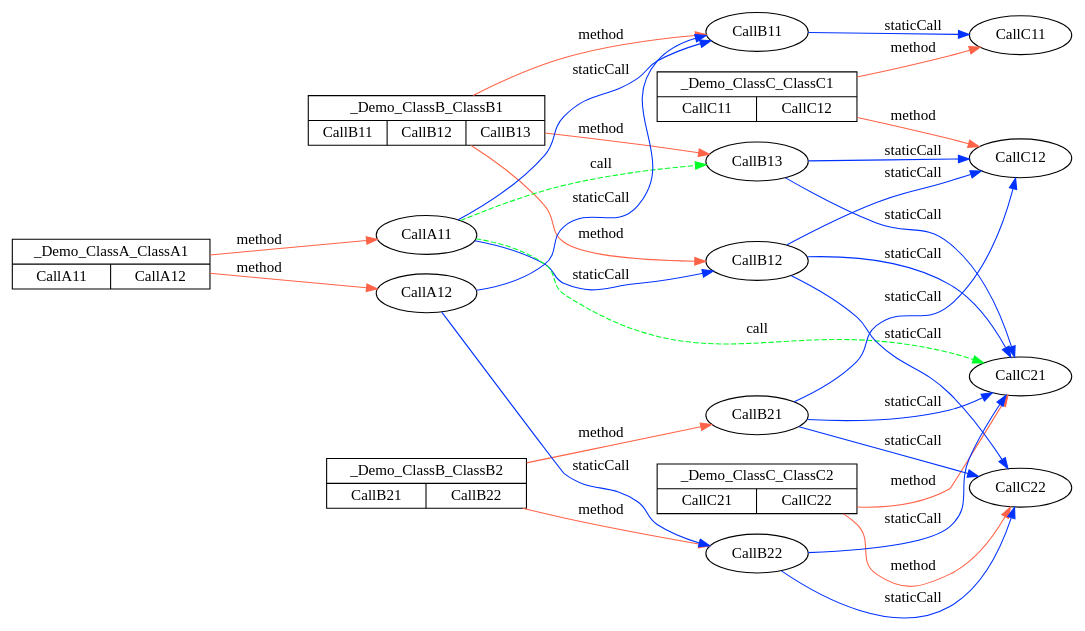
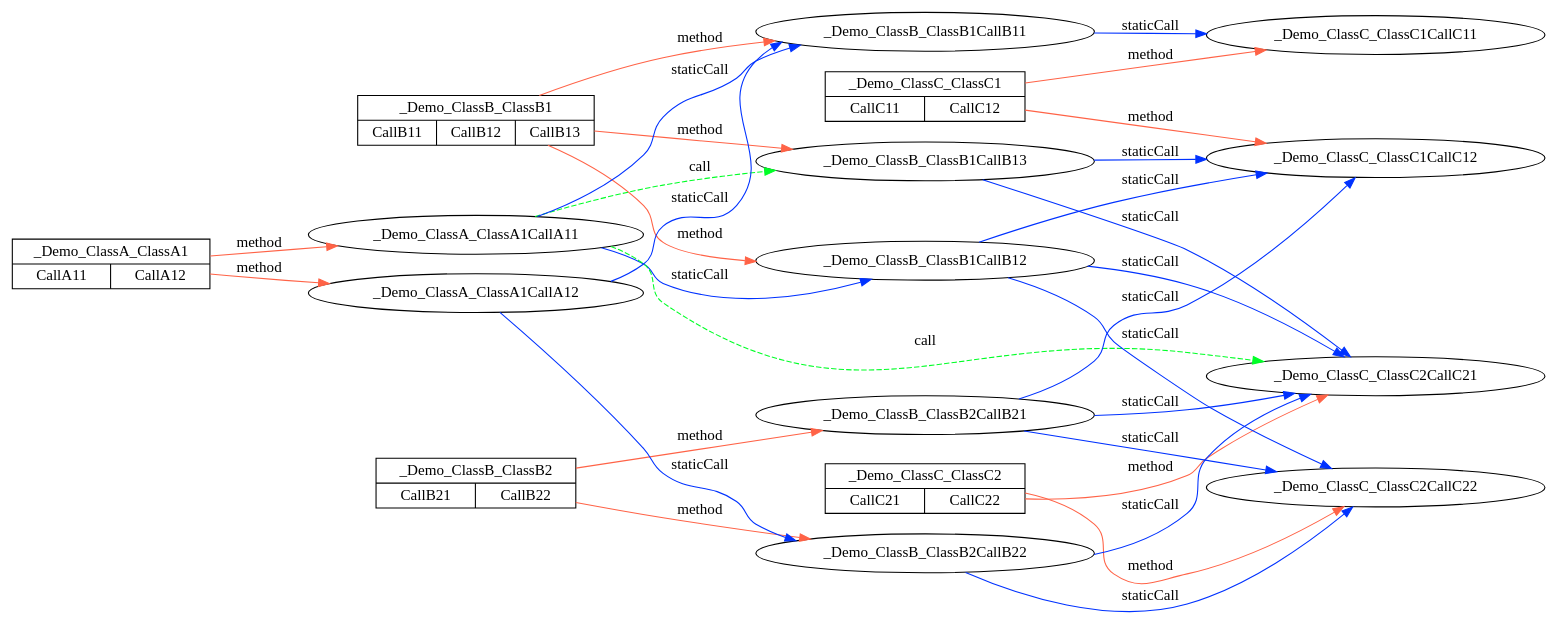
The diagram in Execute/render.dot (xiazemin/PhpParserEngine), drawn with Graphviz before and after one commit. The commit also changed 6 other files, not shown here.

```diff
--- a/Execute/render.dot
+++ b/Execute/render.dot
@@ -1,108 +1,108 @@
 digraph demo {
  rankdir = LR;
  edge[color="#FF6347"];
 
 _Demo_ClassB_ClassB1[label="_Demo_ClassB_ClassB1", shape="circle"]
 
 _Demo_ClassC_ClassC1[label="_Demo_ClassC_ClassC1", shape="circle"]
 
 _Demo_ClassC_ClassC2[label="_Demo_ClassC_ClassC2", shape="circle"]
 
 _Demo_ClassB_ClassB2[label="_Demo_ClassB_ClassB2", shape="circle"]
 edge[color="#002327";style="dashed"];
-_Demo_ClassA_ClassA1 [shape=record, label="_Demo_ClassA_ClassA1 | { <CallA11> CallA11|<CallA12> CallA12 }"];
+_Demo_ClassA_ClassA1 [shape=record, label="_Demo_ClassA_ClassA1 | { <_Demo_ClassA_ClassA1CallA11> CallA11|<_Demo_ClassA_ClassA1CallA12> CallA12 }"];
 edge[color="#002327";style="dashed"];
-_Demo_ClassB_ClassB1 [shape=record, label="_Demo_ClassB_ClassB1 | { <CallB11> CallB11|<CallB12> CallB12|<CallB13> CallB13 }"];
+_Demo_ClassB_ClassB1 [shape=record, label="_Demo_ClassB_ClassB1 | { <_Demo_ClassB_ClassB1CallB11> CallB11|<_Demo_ClassB_ClassB1CallB12> CallB12|<_Demo_ClassB_ClassB1CallB13> CallB13 }"];
 edge[color="#002327";style="dashed"];
-_Demo_ClassC_ClassC1 [shape=record, label="_Demo_ClassC_ClassC1 | { <CallC11> CallC11|<CallC12> CallC12 }"];
+_Demo_ClassC_ClassC1 [shape=record, label="_Demo_ClassC_ClassC1 | { <_Demo_ClassC_ClassC1CallC11> CallC11|<_Demo_ClassC_ClassC1CallC12> CallC12 }"];
 edge[color="#002327";style="dashed"];
-_Demo_ClassC_ClassC2 [shape=record, label="_Demo_ClassC_ClassC2 | { <CallC21> CallC21|<CallC22> CallC22 }"];
+_Demo_ClassC_ClassC2 [shape=record, label="_Demo_ClassC_ClassC2 | { <_Demo_ClassC_ClassC2CallC21> CallC21|<_Demo_ClassC_ClassC2CallC22> CallC22 }"];
 edge[color="#002327";style="dashed"];
-_Demo_ClassB_ClassB2 [shape=record, label="_Demo_ClassB_ClassB2 | { <CallB21> CallB21|<CallB22> CallB22 }"];
+_Demo_ClassB_ClassB2 [shape=record, label="_Demo_ClassB_ClassB2 | { <_Demo_ClassB_ClassB2CallB21> CallB21|<_Demo_ClassB_ClassB2CallB22> CallB22 }"];
 edge[color="#FF6347";style="solid"];
 edge[color="#FF6347";style="solid"];
-_Demo_ClassA_ClassA1->CallA11[label="method"]
+_Demo_ClassA_ClassA1->_Demo_ClassA_ClassA1CallA11[label="method"]
 edge[color="#00FF27";style="dashed"];
-CallA11->CallB13[label="call"]
+_Demo_ClassA_ClassA1CallA11->_Demo_ClassB_ClassB1CallB13[label="call"]
 edge[color="#FF6347";style="solid"];
 edge[color="#FF6347";style="solid"];
-_Demo_ClassB_ClassB1->CallB11[label="method"]
+_Demo_ClassB_ClassB1->_Demo_ClassB_ClassB1CallB11[label="method"]
 edge[color="#0032FF"];
-CallB11->CallC11[label="staticCall"]
+_Demo_ClassB_ClassB1CallB11->_Demo_ClassC_ClassC1CallC11[label="staticCall"]
 edge[color="#FF6347";style="solid"];
 edge[color="#FF6347";style="solid"];
-_Demo_ClassC_ClassC1->CallC11[label="method"]
+_Demo_ClassC_ClassC1->_Demo_ClassC_ClassC1CallC11[label="method"]
 edge[color="#FF6347";style="solid"];
-_Demo_ClassC_ClassC1->CallC12[label="method"]
+_Demo_ClassC_ClassC1->_Demo_ClassC_ClassC1CallC12[label="method"]
 edge[color="#FF6347";style="solid"];
-_Demo_ClassB_ClassB1->CallB12[label="method"]
+_Demo_ClassB_ClassB1->_Demo_ClassB_ClassB1CallB12[label="method"]
 edge[color="#0032FF"];
-CallB12->CallC12[label="staticCall"]
+_Demo_ClassB_ClassB1CallB12->_Demo_ClassC_ClassC1CallC12[label="staticCall"]
 edge[color="#FF6347";style="solid"];
 edge[color="#0032FF"];
-CallB12->CallC21[label="staticCall"]
+_Demo_ClassB_ClassB1CallB12->_Demo_ClassC_ClassC2CallC21[label="staticCall"]
 edge[color="#FF6347";style="solid"];
 edge[color="#0032FF"];
-CallB12->CallC22[label="staticCall"]
+_Demo_ClassB_ClassB1CallB12->_Demo_ClassC_ClassC2CallC22[label="staticCall"]
 edge[color="#FF6347";style="solid"];
 edge[color="#FF6347";style="solid"];
-_Demo_ClassC_ClassC2->CallC21[label="method"]
+_Demo_ClassC_ClassC2->_Demo_ClassC_ClassC2CallC21[label="method"]
 edge[color="#FF6347";style="solid"];
-_Demo_ClassC_ClassC2->CallC22[label="method"]
+_Demo_ClassC_ClassC2->_Demo_ClassC_ClassC2CallC22[label="method"]
 edge[color="#FF6347";style="solid"];
-_Demo_ClassB_ClassB1->CallB13[label="method"]
+_Demo_ClassB_ClassB1->_Demo_ClassB_ClassB1CallB13[label="method"]
 edge[color="#0032FF"];
-CallB13->CallC12[label="staticCall"]
+_Demo_ClassB_ClassB1CallB13->_Demo_ClassC_ClassC1CallC12[label="staticCall"]
 edge[color="#FF6347";style="solid"];
 edge[color="#0032FF"];
-CallB13->CallC21[label="staticCall"]
+_Demo_ClassB_ClassB1CallB13->_Demo_ClassC_ClassC2CallC21[label="staticCall"]
 edge[color="#FF6347";style="solid"];
 edge[color="#00FF27";style="dashed"];
-CallA11->CallC21[label="call"]
+_Demo_ClassA_ClassA1CallA11->_Demo_ClassC_ClassC2CallC21[label="call"]
 edge[color="#FF6347";style="solid"];
 edge[color="#0032FF"];
-CallA11->CallB11[label="staticCall"]
+_Demo_ClassA_ClassA1CallA11->_Demo_ClassB_ClassB1CallB11[label="staticCall"]
 edge[color="#FF6347";style="solid"];
 edge[color="#0032FF"];
-CallA11->CallB12[label="staticCall"]
+_Demo_ClassA_ClassA1CallA11->_Demo_ClassB_ClassB1CallB12[label="staticCall"]
 edge[color="#FF6347";style="solid"];
 edge[color="#FF6347";style="solid"];
-_Demo_ClassA_ClassA1->CallA12[label="method"]
+_Demo_ClassA_ClassA1->_Demo_ClassA_ClassA1CallA12[label="method"]
 edge[color="#0032FF"];
-CallA12->CallB11[label="staticCall"]
+_Demo_ClassA_ClassA1CallA12->_Demo_ClassB_ClassB1CallB11[label="staticCall"]
 edge[color="#FF6347";style="solid"];
 edge[color="#0032FF"];
-CallA12->CallB22[label="staticCall"]
+_Demo_ClassA_ClassA1CallA12->_Demo_ClassB_ClassB2CallB22[label="staticCall"]
 edge[color="#FF6347";style="solid"];
 edge[color="#FF6347";style="solid"];
-_Demo_ClassB_ClassB2->CallB21[label="method"]
+_Demo_ClassB_ClassB2->_Demo_ClassB_ClassB2CallB21[label="method"]
 edge[color="#0032FF"];
-CallB21->CallC12[label="staticCall"]
+_Demo_ClassB_ClassB2CallB21->_Demo_ClassC_ClassC1CallC12[label="staticCall"]
 edge[color="#FF6347";style="solid"];
 edge[color="#0032FF"];
-CallB21->CallC21[label="staticCall"]
+_Demo_ClassB_ClassB2CallB21->_Demo_ClassC_ClassC2CallC21[label="staticCall"]
 edge[color="#FF6347";style="solid"];
 edge[color="#0032FF"];
-CallB21->CallC22[label="staticCall"]
+_Demo_ClassB_ClassB2CallB21->_Demo_ClassC_ClassC2CallC22[label="staticCall"]
 edge[color="#FF6347";style="solid"];
 edge[color="#FF6347";style="solid"];
-_Demo_ClassB_ClassB2->CallB22[label="method"]
+_Demo_ClassB_ClassB2->_Demo_ClassB_ClassB2CallB22[label="method"]
 edge[color="#0032FF"];
-CallB22->CallC21[label="staticCall"]
+_Demo_ClassB_ClassB2CallB22->_Demo_ClassC_ClassC2CallC21[label="staticCall"]
 edge[color="#FF6347";style="solid"];
 edge[color="#0032FF"];
-CallB22->CallC22[label="staticCall"]
+_Demo_ClassB_ClassB2CallB22->_Demo_ClassC_ClassC2CallC22[label="staticCall"]
 edge[color="#FF6347";style="solid"];
 edge[color="#002327";style="dashed"];
-_Demo_ClassA_ClassA1 [shape=record, label="_Demo_ClassA_ClassA1 | { <CallA11> CallA11|<CallA12> CallA12 }"];
+_Demo_ClassA_ClassA1 [shape=record, label="_Demo_ClassA_ClassA1 | { <_Demo_ClassA_ClassA1CallA11> CallA11|<_Demo_ClassA_ClassA1CallA12> CallA12 }"];
 edge[color="#002327";style="dashed"];
-_Demo_ClassB_ClassB1 [shape=record, label="_Demo_ClassB_ClassB1 | { <CallB11> CallB11|<CallB12> CallB12|<CallB13> CallB13 }"];
+_Demo_ClassB_ClassB1 [shape=record, label="_Demo_ClassB_ClassB1 | { <_Demo_ClassB_ClassB1CallB11> CallB11|<_Demo_ClassB_ClassB1CallB12> CallB12|<_Demo_ClassB_ClassB1CallB13> CallB13 }"];
 edge[color="#002327";style="dashed"];
-_Demo_ClassC_ClassC1 [shape=record, label="_Demo_ClassC_ClassC1 | { <CallC11> CallC11|<CallC12> CallC12 }"];
+_Demo_ClassC_ClassC1 [shape=record, label="_Demo_ClassC_ClassC1 | { <_Demo_ClassC_ClassC1CallC11> CallC11|<_Demo_ClassC_ClassC1CallC12> CallC12 }"];
 edge[color="#002327";style="dashed"];
-_Demo_ClassC_ClassC2 [shape=record, label="_Demo_ClassC_ClassC2 | { <CallC21> CallC21|<CallC22> CallC22 }"];
+_Demo_ClassC_ClassC2 [shape=record, label="_Demo_ClassC_ClassC2 | { <_Demo_ClassC_ClassC2CallC21> CallC21|<_Demo_ClassC_ClassC2CallC22> CallC22 }"];
 edge[color="#002327";style="dashed"];
-_Demo_ClassB_ClassB2 [shape=record, label="_Demo_ClassB_ClassB2 | { <CallB21> CallB21|<CallB22> CallB22 }"];
+_Demo_ClassB_ClassB2 [shape=record, label="_Demo_ClassB_ClassB2 | { <_Demo_ClassB_ClassB2CallB21> CallB21|<_Demo_ClassB_ClassB2CallB22> CallB22 }"];
 edge[color="#FF6347";style="solid"];
  
 }
```
